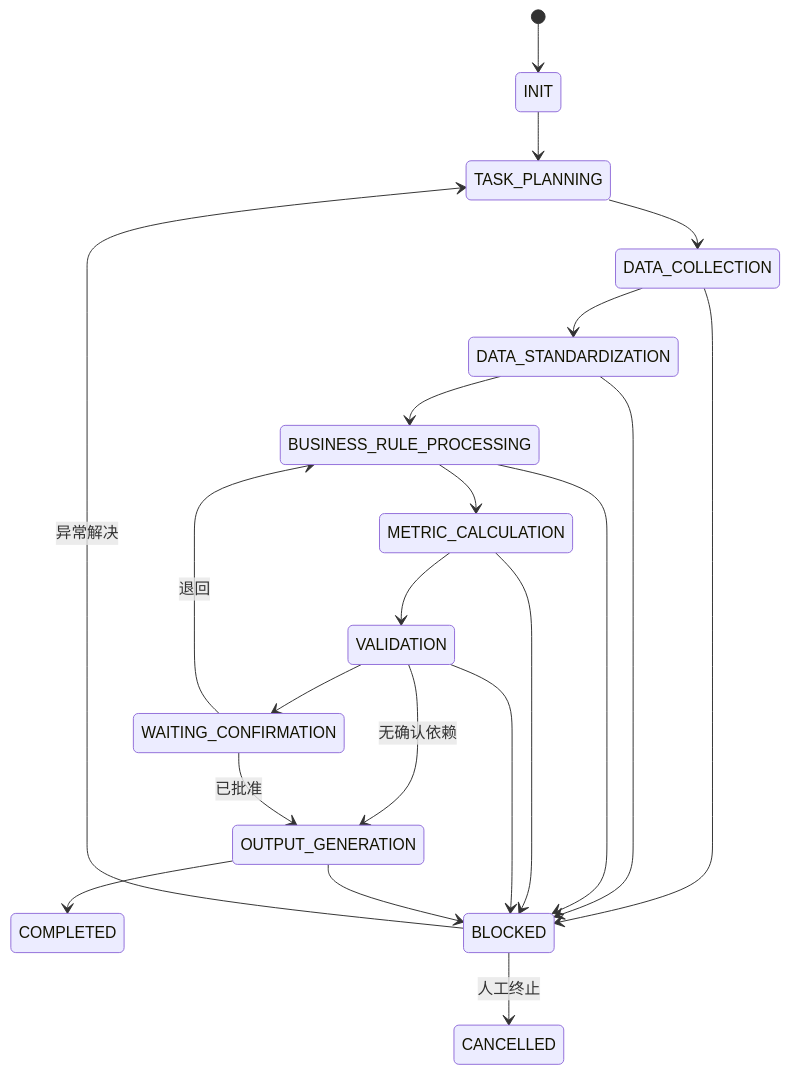
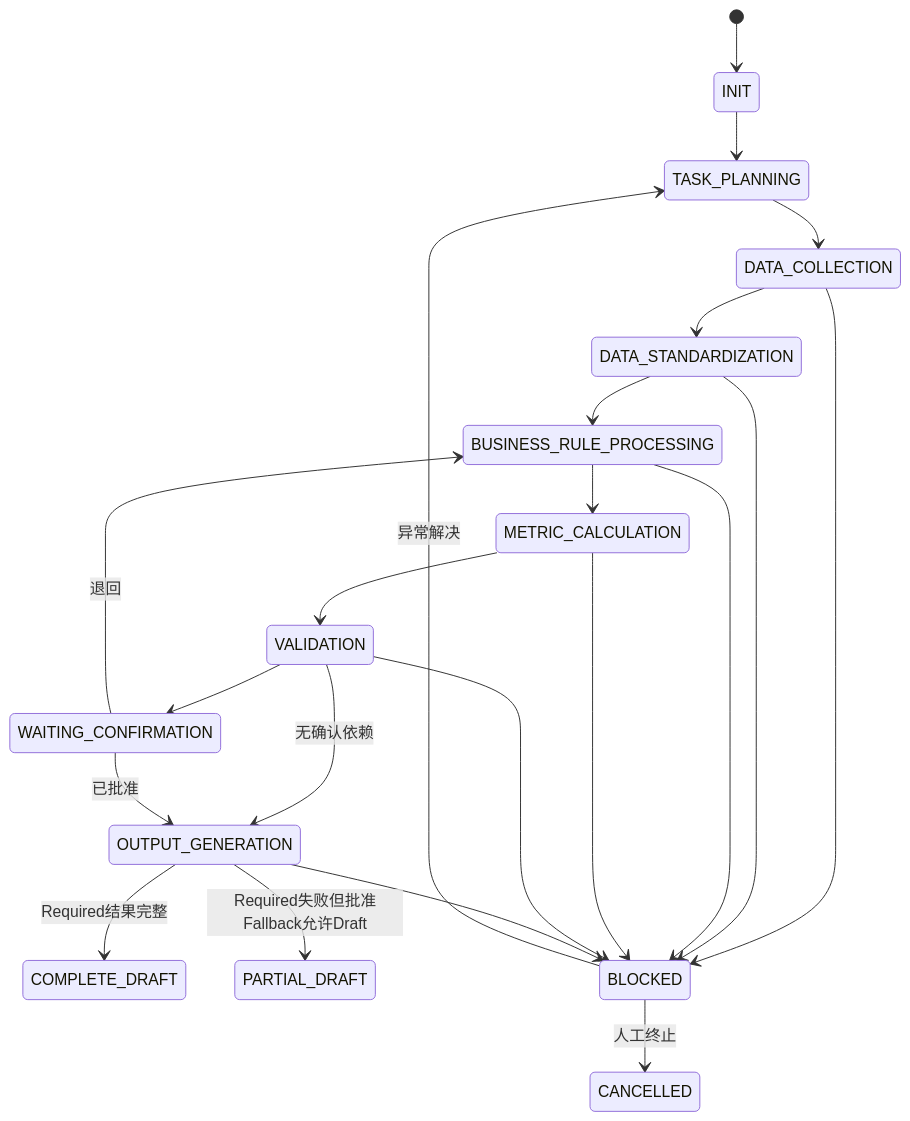
The second of 2 diagrams in phase1_5/workflows/weekly_business_report/WORKFLOW_v2.md (Lyutt/personal-business-analytics-copilot), drawn with Mermaid before and after one commit. The commit also changed other lines of this file and 51 other files, not shown here.

````diff
--- a/phase1_5/workflows/weekly_business_report/WORKFLOW_v2.md
+++ b/phase1_5/workflows/weekly_business_report/WORKFLOW_v2.md
@@ -93,23 +111,24 @@
 ```mermaid
 stateDiagram-v2
     [*] --> INIT
     INIT --> TASK_PLANNING
     TASK_PLANNING --> DATA_COLLECTION
     DATA_COLLECTION --> DATA_STANDARDIZATION
     DATA_STANDARDIZATION --> BUSINESS_RULE_PROCESSING
     BUSINESS_RULE_PROCESSING --> METRIC_CALCULATION
     METRIC_CALCULATION --> VALIDATION
     VALIDATION --> WAITING_CONFIRMATION
     VALIDATION --> OUTPUT_GENERATION: 无确认依赖
     WAITING_CONFIRMATION --> OUTPUT_GENERATION: 已批准
     WAITING_CONFIRMATION --> BUSINESS_RULE_PROCESSING: 退回
-    OUTPUT_GENERATION --> COMPLETED
+    OUTPUT_GENERATION --> COMPLETE_DRAFT: Required结果完整
+    OUTPUT_GENERATION --> PARTIAL_DRAFT: Required失败但批准Fallback允许Draft
     DATA_COLLECTION --> BLOCKED
     DATA_STANDARDIZATION --> BLOCKED
     BUSINESS_RULE_PROCESSING --> BLOCKED
     METRIC_CALCULATION --> BLOCKED
     VALIDATION --> BLOCKED
     OUTPUT_GENERATION --> BLOCKED
     BLOCKED --> TASK_PLANNING: 异常解决
     BLOCKED --> CANCELLED: 人工终止
 ```
````
